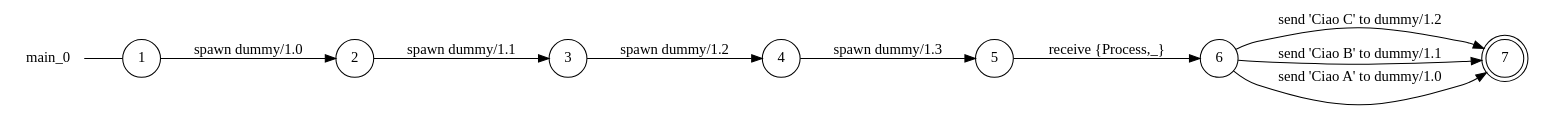
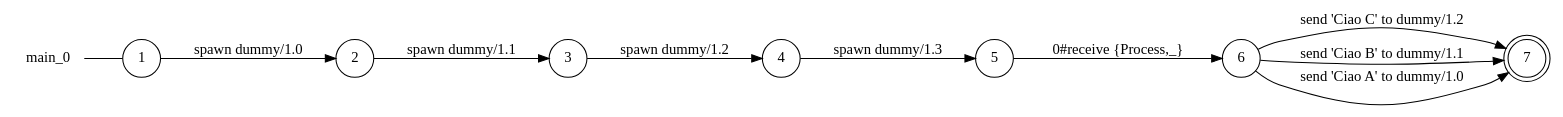
The diagram in examples/conditional-case/main_0_local_view.dot (gabrielegenovese/chorer), drawn with Graphviz before and after one commit. The commit also changed 60 other files, not shown here.

```diff
--- a/examples/conditional-case/main_0_local_view.dot
+++ b/examples/conditional-case/main_0_local_view.dot
@@ -1,21 +1,21 @@
 digraph main_0 {
 	rankdir="LR";
 	n_0 [label="main_0", shape="plaintext"];
 	n_1 [id="5", shape=circle, label="6"];
 	n_2 [id="10", shape=circle, label="3"];
 	n_3 [id="1", shape=circle, label="1"];
 	n_0 -> n_3 [arrowhead=none];
 	n_4 [id="9", shape=circle, label="5"];
 	n_5 [id="2", shape=circle, label="2"];
 	n_6 [id="4", shape=circle, label="4"];
 	n_7 [id="3", shape=doublecircle, label="7"];
 
 	n_1 -> n_7 [id="[$e|10]", label="send 'Ciao C' to dummy/1.2"];
 	n_1 -> n_7 [id="[$e|9]", label="send 'Ciao B' to dummy/1.1"];
 	n_5 -> n_2 [id="[$e|8]", label="spawn dummy/1.1"];
-	n_1 -> n_7 [id="[$e|3]", label="send 'Ciao A' to dummy/1.0"];
+	n_4 -> n_1 [id="[$e|3]", label="0#receive {Process,_}"];
 	n_6 -> n_4 [id="[$e|2]", label="spawn dummy/1.3"];
 	n_2 -> n_6 [id="[$e|1]", label="spawn dummy/1.2"];
-	n_4 -> n_1 [id="[$e|4]", label="receive {Process,_}"];
+	n_1 -> n_7 [id="[$e|4]", label="send 'Ciao A' to dummy/1.0"];
 	n_3 -> n_5 [id="[$e|0]", label="spawn dummy/1.0"];
 }
```
